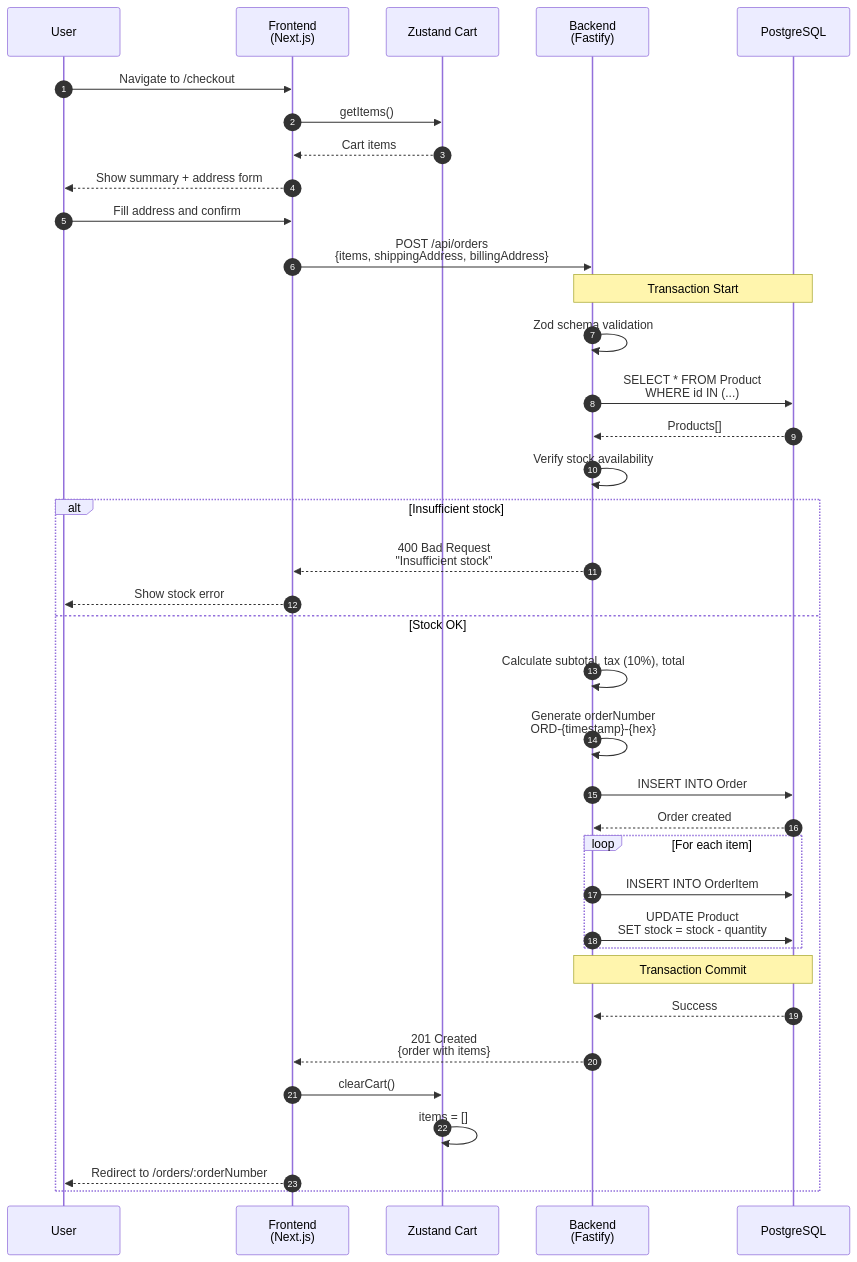
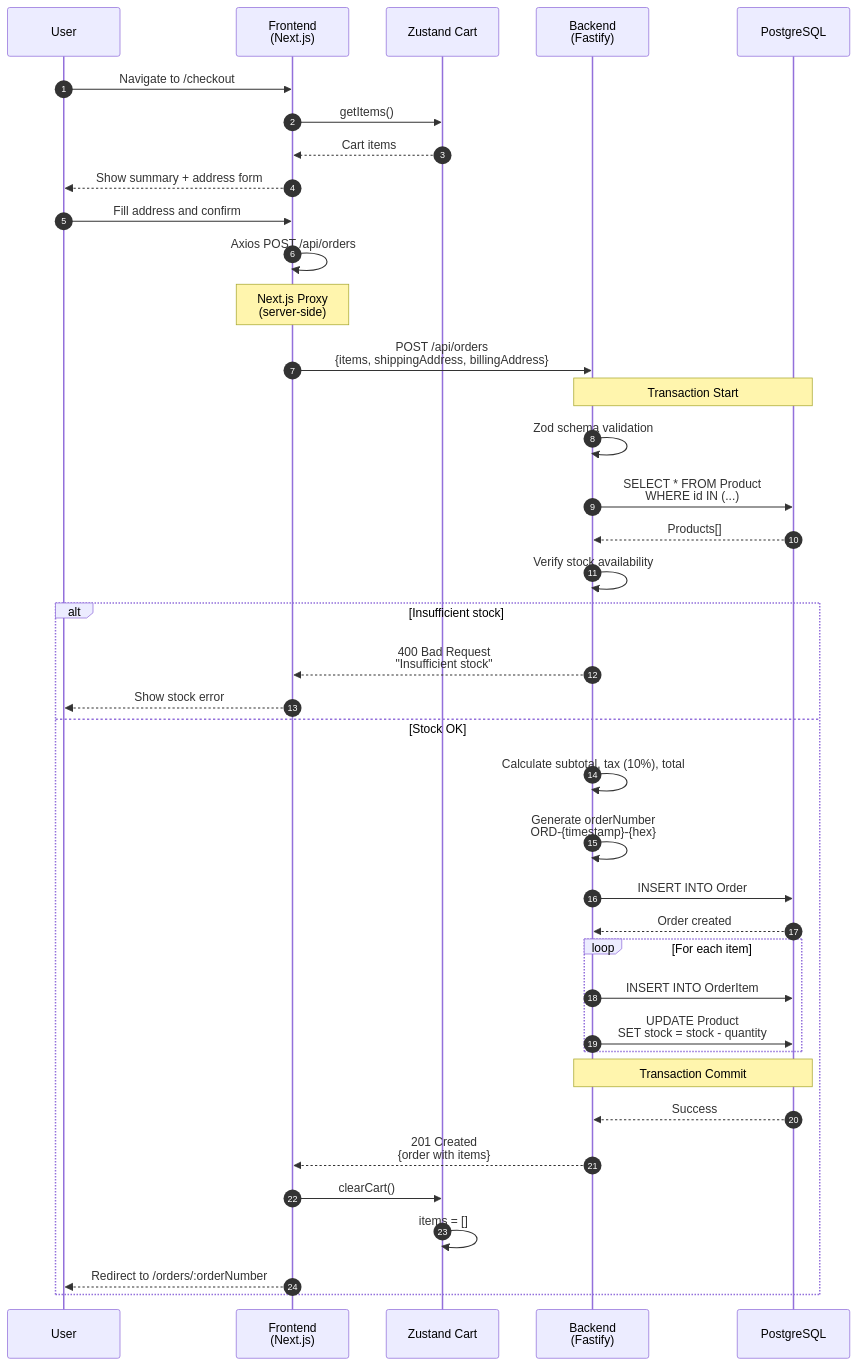
One commit to lorenzogirardi/ai-ecom-demo changed the sixth of 10 diagrams in ecommerce-demo/slides/SEQUENCE_DIAGRAMS_eng.md. Above: the diagram before and after it, drawn with Mermaid. The commit also changed other lines of this file and 1 other file, not shown here.

First line of the commit message:
docs: update sequence diagrams with Next.js proxy pattern

````diff
--- a/ecommerce-demo/slides/SEQUENCE_DIAGRAMS_eng.md
+++ b/ecommerce-demo/slides/SEQUENCE_DIAGRAMS_eng.md
@@ -191,45 +199,47 @@
 ```mermaid
 sequenceDiagram
     autonumber
     participant U as User
     participant FE as Frontend<br/>(Next.js)
     participant Cart as Zustand Cart
     participant BE as Backend<br/>(Fastify)
     participant DB as PostgreSQL
 
     U->>FE: Navigate to /checkout
     FE->>Cart: getItems()
     Cart-->>FE: Cart items
     FE-->>U: Show summary + address form
 
     U->>FE: Fill address and confirm
+    FE->>FE: Axios POST /api/orders
+    Note over FE: Next.js Proxy<br/>(server-side)
     FE->>BE: POST /api/orders<br/>{items, shippingAddress, billingAddress}
 
     Note over BE,DB: Transaction Start
     BE->>BE: Zod schema validation
     BE->>DB: SELECT * FROM Product<br/>WHERE id IN (...)
     DB-->>BE: Products[]
     BE->>BE: Verify stock availability
 
     alt Insufficient stock
         BE-->>FE: 400 Bad Request<br/>"Insufficient stock"
         FE-->>U: Show stock error
     else Stock OK
         BE->>BE: Calculate subtotal, tax (10%), total
         BE->>BE: Generate orderNumber<br/>ORD-{timestamp}-{hex}
         BE->>DB: INSERT INTO Order
         DB-->>BE: Order created
 
         loop For each item
             BE->>DB: INSERT INTO OrderItem
             BE->>DB: UPDATE Product<br/>SET stock = stock - quantity
         end
 
         Note over BE,DB: Transaction Commit
         DB-->>BE: Success
         BE-->>FE: 201 Created<br/>{order with items}
         FE->>Cart: clearCart()
         Cart->>Cart: items = []
         FE-->>U: Redirect to /orders/:orderNumber
     end
 ```
````
